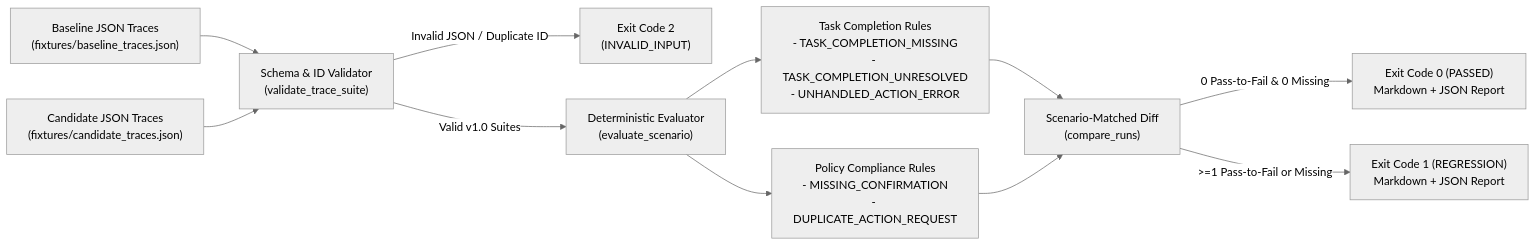
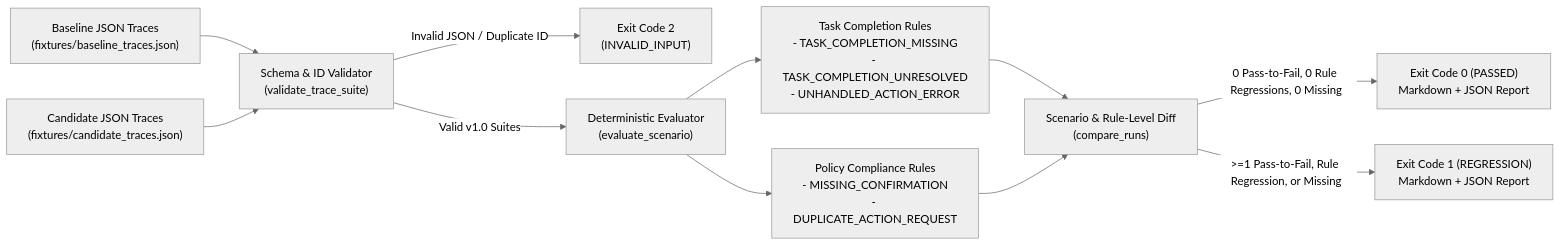
One commit to colinsohn/agent-eval-ci changed the diagram in README.md. Above: the diagram before and after it, drawn with Mermaid (neutral theme). The commit also changed other lines of this file and 6 other files, not shown here.

Commit message:
feat: add rule-level regression detection for APPL-009 in v0.2

````diff
--- a/README.md
+++ b/README.md
@@ -13,12 +13,12 @@
 ```mermaid
 flowchart LR
     B["Baseline JSON Traces\n(fixtures/baseline_traces.json)"] --> V["Schema & ID Validator\n(validate_trace_suite)"]
     C["Candidate JSON Traces\n(fixtures/candidate_traces.json)"] --> V
     V -->|Invalid JSON / Duplicate ID| E2["Exit Code 2\n(INVALID_INPUT)"]
     V -->|Valid v1.0 Suites| S["Deterministic Evaluator\n(evaluate_scenario)"]
     S --> TC["Task Completion Rules\n- TASK_COMPLETION_MISSING\n- TASK_COMPLETION_UNRESOLVED\n- UNHANDLED_ACTION_ERROR"]
     S --> PC["Policy Compliance Rules\n- MISSING_CONFIRMATION\n- DUPLICATE_ACTION_REQUEST"]
-    TC & PC --> D["Scenario-Matched Diff\n(compare_runs)"]
-    D -->|0 Pass-to-Fail & 0 Missing| E0["Exit Code 0 (PASSED)\nMarkdown + JSON Report"]
-    D -->|>=1 Pass-to-Fail or Missing| E1["Exit Code 1 (REGRESSION)\nMarkdown + JSON Report"]
+    TC & PC --> D["Scenario & Rule-Level Diff\n(compare_runs)"]
+    D -->|0 Pass-to-Fail, 0 Rule Regressions, 0 Missing| E0["Exit Code 0 (PASSED)\nMarkdown + JSON Report"]
+    D -->|>=1 Pass-to-Fail, Rule Regression, or Missing| E1["Exit Code 1 (REGRESSION)\nMarkdown + JSON Report"]
 ```
````
